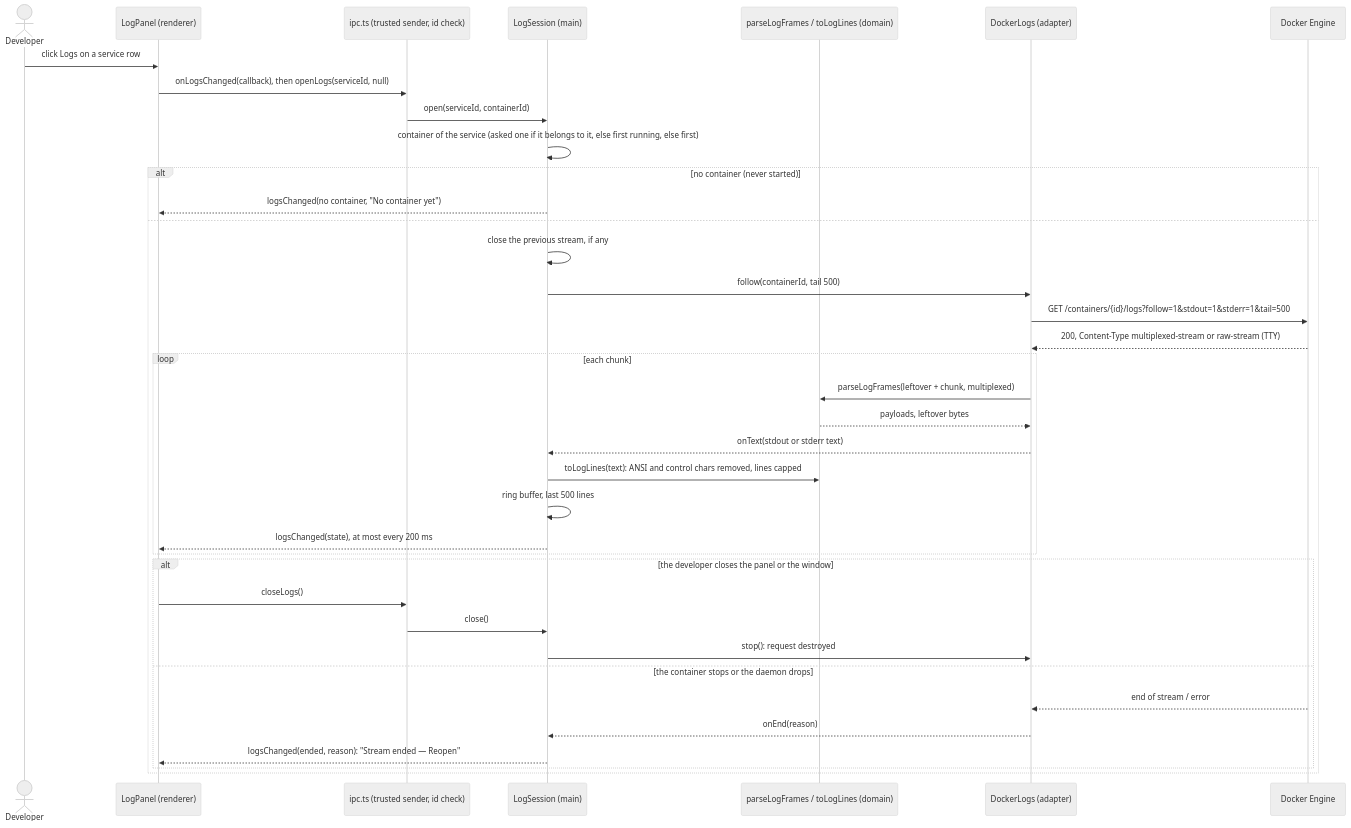
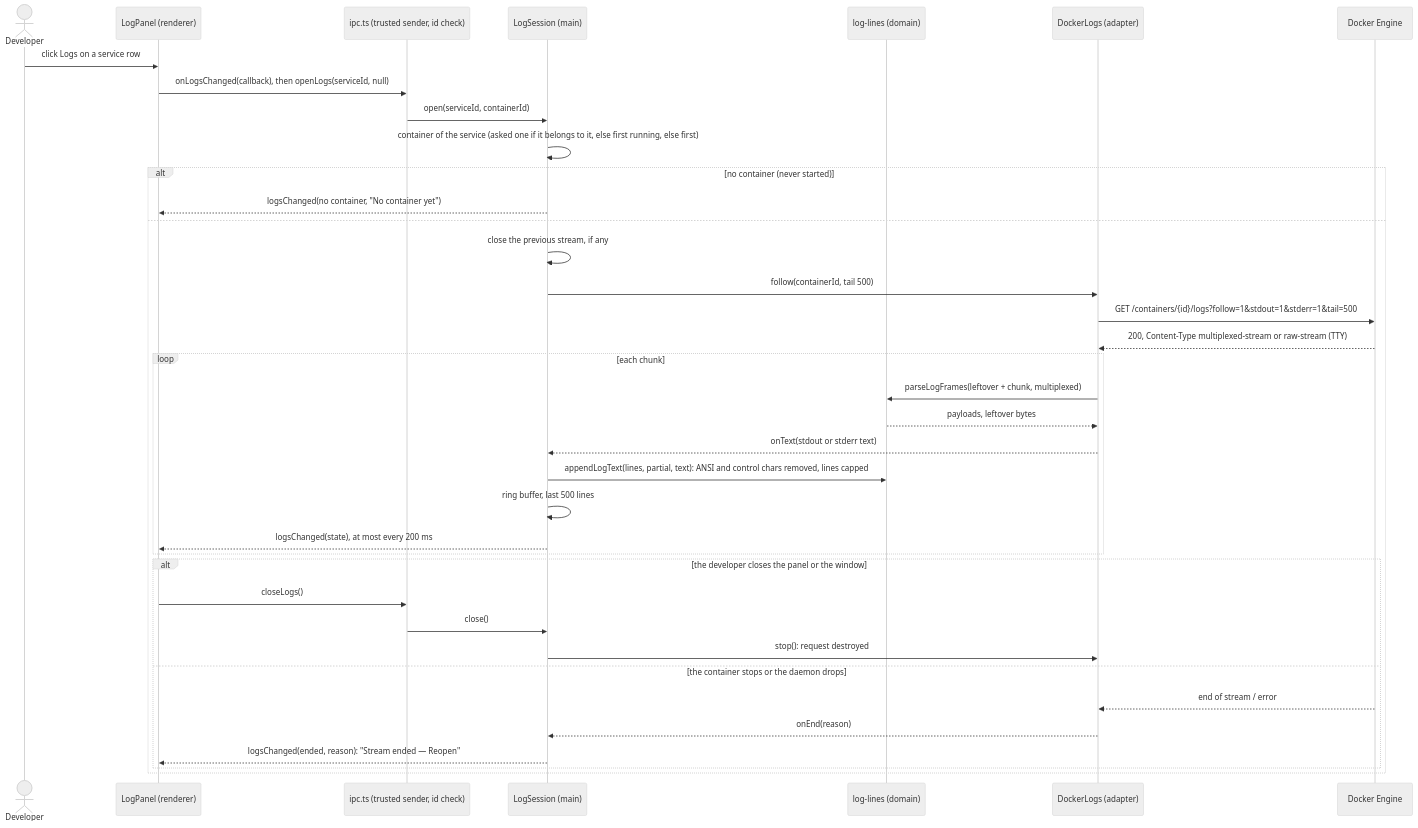
One commit to benoit-bremaud/dock-n-roll changed the diagram in docs/architecture/diagrams/launcher/14-sequence-service-logs.md. Above: the diagram before and after it, drawn with Mermaid (neutral theme). The commit also changed 26 other files, not shown here.

````diff
--- a/docs/architecture/diagrams/launcher/14-sequence-service-logs.md
+++ b/docs/architecture/diagrams/launcher/14-sequence-service-logs.md
@@ -15,40 +15,40 @@
 ```mermaid
 sequenceDiagram
   actor Dev as Developer
   participant UI as LogPanel (renderer)
   participant IPC as ipc.ts (trusted sender, id check)
   participant LS as LogSession (main)
-  participant LF as parseLogFrames / toLogLines (domain)
+  participant LF as log-lines (domain)
   participant DL as DockerLogs (adapter)
   participant DE as Docker Engine
 
   Dev->>UI: click Logs on a service row
   UI->>IPC: onLogsChanged(callback), then openLogs(serviceId, null)
   IPC->>LS: open(serviceId, containerId)
   LS->>LS: container of the service (asked one if it belongs to it, else first running, else first)
   alt no container (never started)
     LS-->>UI: logsChanged(no container, "No container yet")
   else
     LS->>LS: close the previous stream, if any
     LS->>DL: follow(containerId, tail 500)
     DL->>DE: GET /containers/{id}/logs?follow=1&stdout=1&stderr=1&tail=500
     DE-->>DL: 200, Content-Type multiplexed-stream or raw-stream (TTY)
     loop each chunk
       DL->>LF: parseLogFrames(leftover + chunk, multiplexed)
       LF-->>DL: payloads, leftover bytes
       DL-->>LS: onText(stdout or stderr text)
-      LS->>LF: toLogLines(text): ANSI and control chars removed, lines capped
+      LS->>LF: appendLogText(lines, partial, text): ANSI and control chars removed, lines capped
       LS->>LS: ring buffer, last 500 lines
       LS-->>UI: logsChanged(state), at most every 200 ms
     end
     alt the developer closes the panel or the window
       UI->>IPC: closeLogs()
       IPC->>LS: close()
       LS->>DL: stop(): request destroyed
     else the container stops or the daemon drops
       DE-->>DL: end of stream / error
       DL-->>LS: onEnd(reason)
       LS-->>UI: logsChanged(ended, reason): "Stream ended — Reopen"
     end
   end
 ```
````
